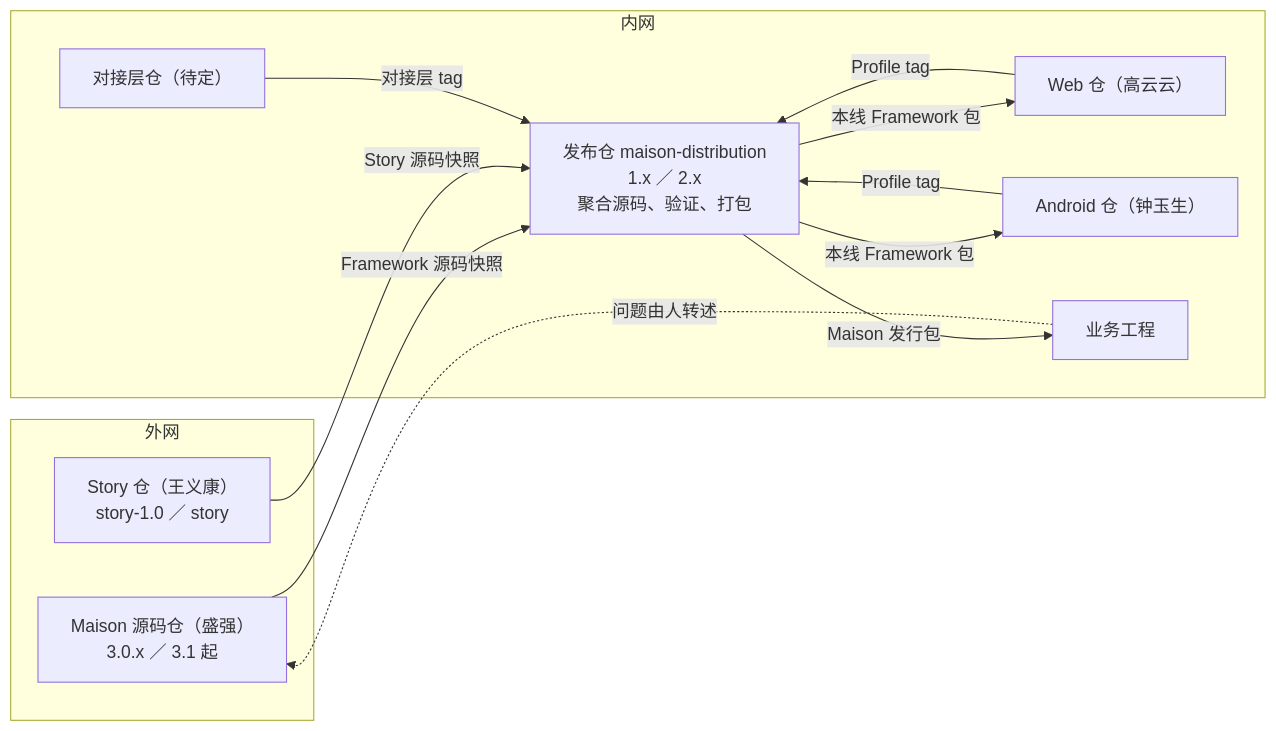
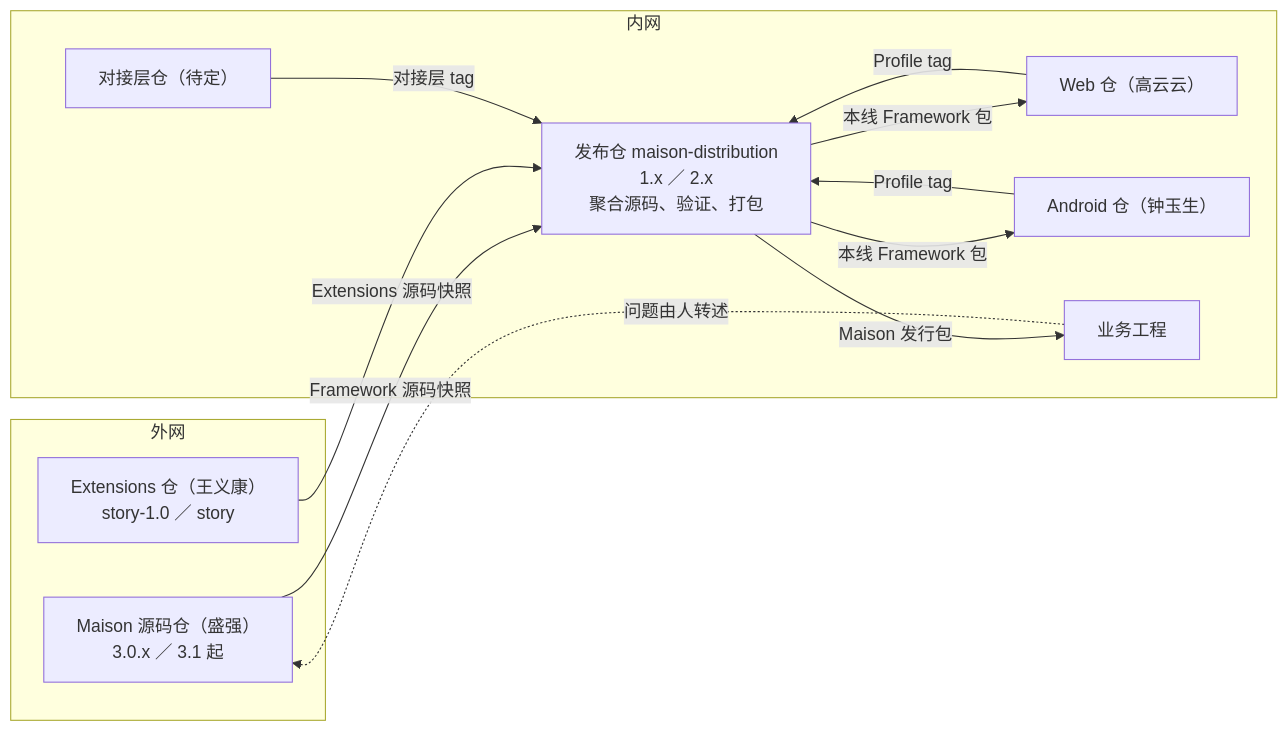
The first of 3 diagrams in doc/project/2026-10-20-Maison共建讨论/08-Maison共建方案：谁做什么、东西怎么流转、怎么发版.md (sqsqsq/SimulatedWalletForHmos), drawn with Mermaid before and after one commit. The commit also changed other lines of this file and 2 other files, not shown here.

Commit message:
docs: Maison 共建 08 整体重写——部件统称 Extensions（发布仓与发行包目录 extensions/，对接层仓 maison-adapters；/story adapt 与 story-1.0/story 分支保留真实名）；按 总览→人→约束→部件与版本线→仓库→发布物与安装→四步→并行→其他场景→外网配合→首批→未决 重排，安装只在 §6.4、外网配合只在 §10，删去多轮叠加的重复与过时说法；§13 收为用户纠正、被更正判断、事实、07 取舍、场景覆盖五表

````diff
--- a/doc/project/2026-10-20-Maison共建讨论/08-Maison共建方案：谁做什么、东西怎么流转、怎么发版.md
+++ b/doc/project/2026-10-20-Maison共建讨论/08-Maison共建方案：谁做什么、东西怎么流转、怎么发版.md
@@ -11,23 +11,23 @@
 ```mermaid
 flowchart LR
     subgraph 外网
         FW["Maison 源码仓（盛强）<br/>3.0.x ／ 3.1 起"]
-        ST["Story 仓（王义康）<br/>story-1.0 ／ story"]
+        EXT["Extensions 仓（王义康）<br/>story-1.0 ／ story"]
     end
     subgraph 内网
         DIST["发布仓 maison-distribution<br/>1.x ／ 2.x<br/>聚合源码、验证、打包"]
         WEB["Web 仓（高云云）"]
         AND["Android 仓（钟玉生）"]
         ADP["对接层仓（待定）"]
         BIZ["业务工程"]
     end
     FW -- Framework 源码快照 --> DIST
-    ST -- Story 源码快照 --> DIST
+    EXT -- Extensions 源码快照 --> DIST
     DIST -- 本线 Framework 包 --> WEB
     DIST -- 本线 Framework 包 --> AND
     WEB -- Profile tag --> DIST
     AND -- Profile tag --> DIST
     ADP -- 对接层 tag --> DIST
     DIST -- Maison 发行包 --> BIZ
     BIZ -. 问题由人转述 .-> FW
 ```
````
